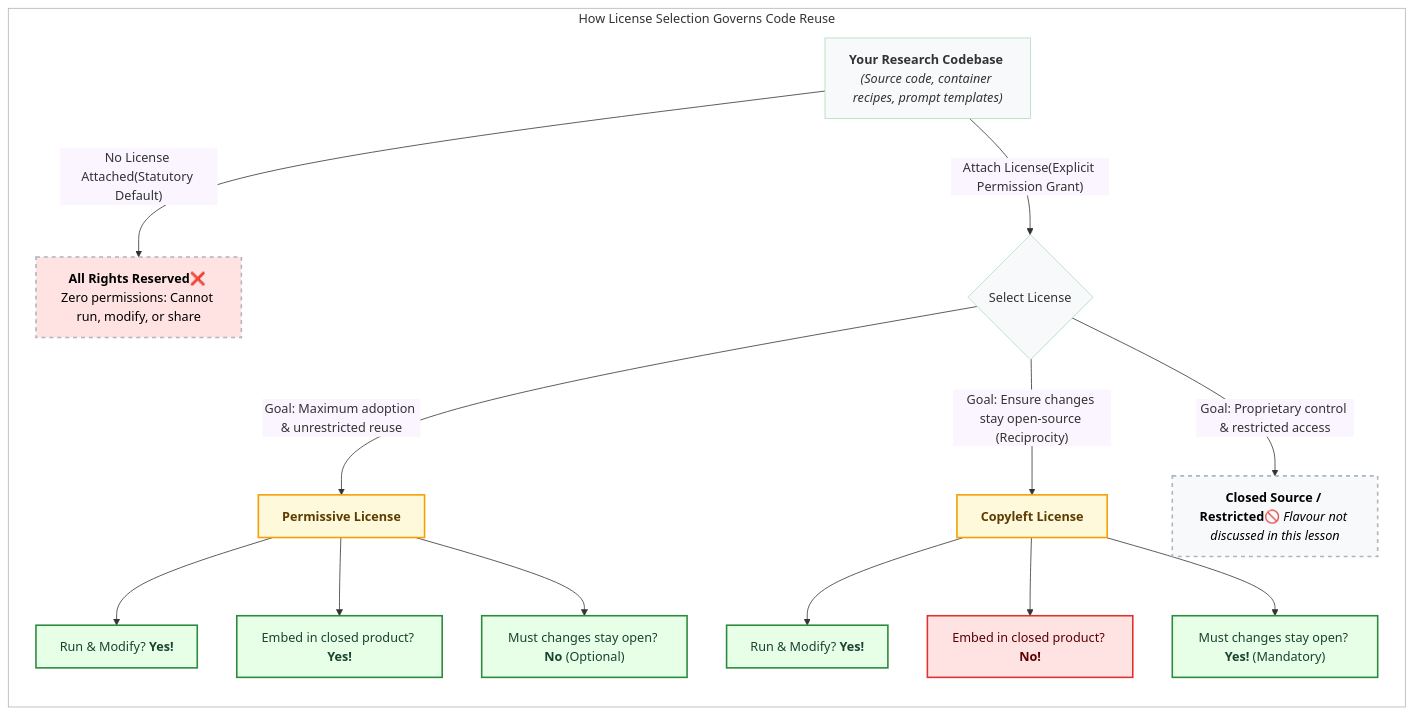
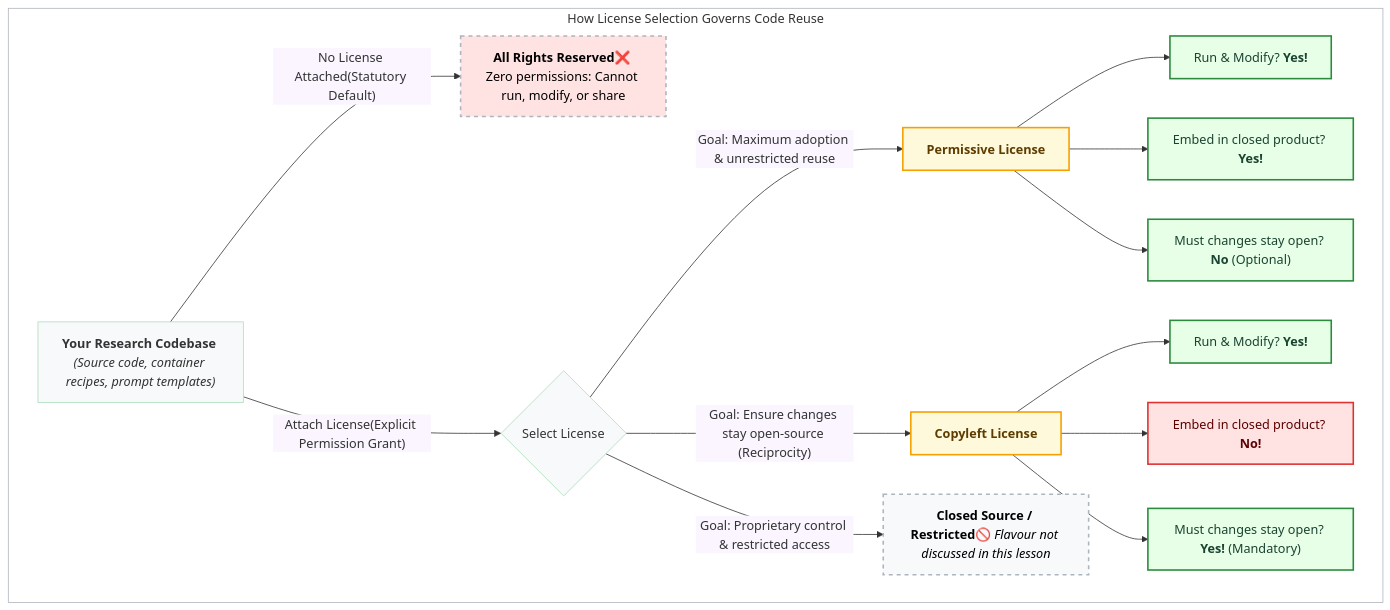
One commit to coderefinery/social-coding changed the first of 3 diagrams in content/software-licensing.md. Above: the diagram before and after it, drawn with Mermaid. The commit also changed 1 other file, not shown here.

Commit message:
lock mephinxcontrib-mermaid version untill a solution found for rendering

````diff
--- a/content/software-licensing.md
+++ b/content/software-licensing.md
@@ -55,39 +55,39 @@
 ```{mermaid}
 %%{init: {'themeVariables': { 'edgeLabelBackground': '#faf5ff' }}}%%
 
-flowchart LR
+flowchart TB
 
   subgraph box["How License Selection Governs Code Reuse"]
     A["<b>Your Research Codebase </b></><i>(Source code, container recipes, prompt templates)</i>"] -->|"No License Attached</>(Statutory Default)"| B["<b>All Rights Reserved</b></>❌ Zero permissions: Cannot run, modify, or share"]
 
     A -->|"Attach License</>(Explicit Permission Grant)"| C{"Select License"}
 
     C -->|"Goal: Maximum adoption & unrestricted reuse"| D["<b>Permissive License</b>"]
     C -->|"Goal: Ensure changes stay open-source (Reciprocity)"| E["<b>Copyleft License</b>"]
     C -->|"Goal: Proprietary control & restricted access"| F["<b>Closed Source / Restricted</b></>🚫 <i>Flavour not discussed in this lesson</i>"]
 
     D --> D1["Run & Modify? <b>Yes!</b>"]
     D --> D2["Embed in closed product? <b>Yes!</b>"]
     D --> D3["Must changes stay open? <b>No</b> (Optional)"]
 
     E --> E1["Run & Modify? <b>Yes!</b>"]
     E --> E2["Embed in closed product? <b>No!</b>"]
     E --> E3["Must changes stay open? <b>Yes!</b> (Mandatory)"]
   end  
    classDef green fill:#e6ffe6,stroke:#2b8a3e,stroke-width:2px,color:#1b4332;
    classDef red fill:#ffe3e3,stroke:#e03131,stroke-width:2px,color:#5c0000;
    classDef yellow fill:#fff9db,stroke:#f59f00,stroke-width:2px,color:#5c3c00;
    classDef white fill:#f8f9fa,stroke:#adb
    classDef dashed fill:#f8f9fa,stroke:#adb5bd,stroke-width:2px,stroke-dasharray: 5 5,color:#000000;
    classDef dashed_red fill:#ffe3e3,stroke:#adb5bd,stroke-width:2px,stroke-dasharray: 5 5,color:#000000;
    classDef defaultState fill:#ffe3e3,stroke:#e03131,stroke-width:2px,color:#5c0000;
    classDef box_fill fill:#ffffff,stroke:#adb5bd,stroke-width:1px;
     
    class D1,D2,D3,E1,E3 green;
    class E2 red;
    class D,E yellow;
    class F dashed;
    class B dashed_red;
    class A,C white;
    class box box_fill;
 ```
````
